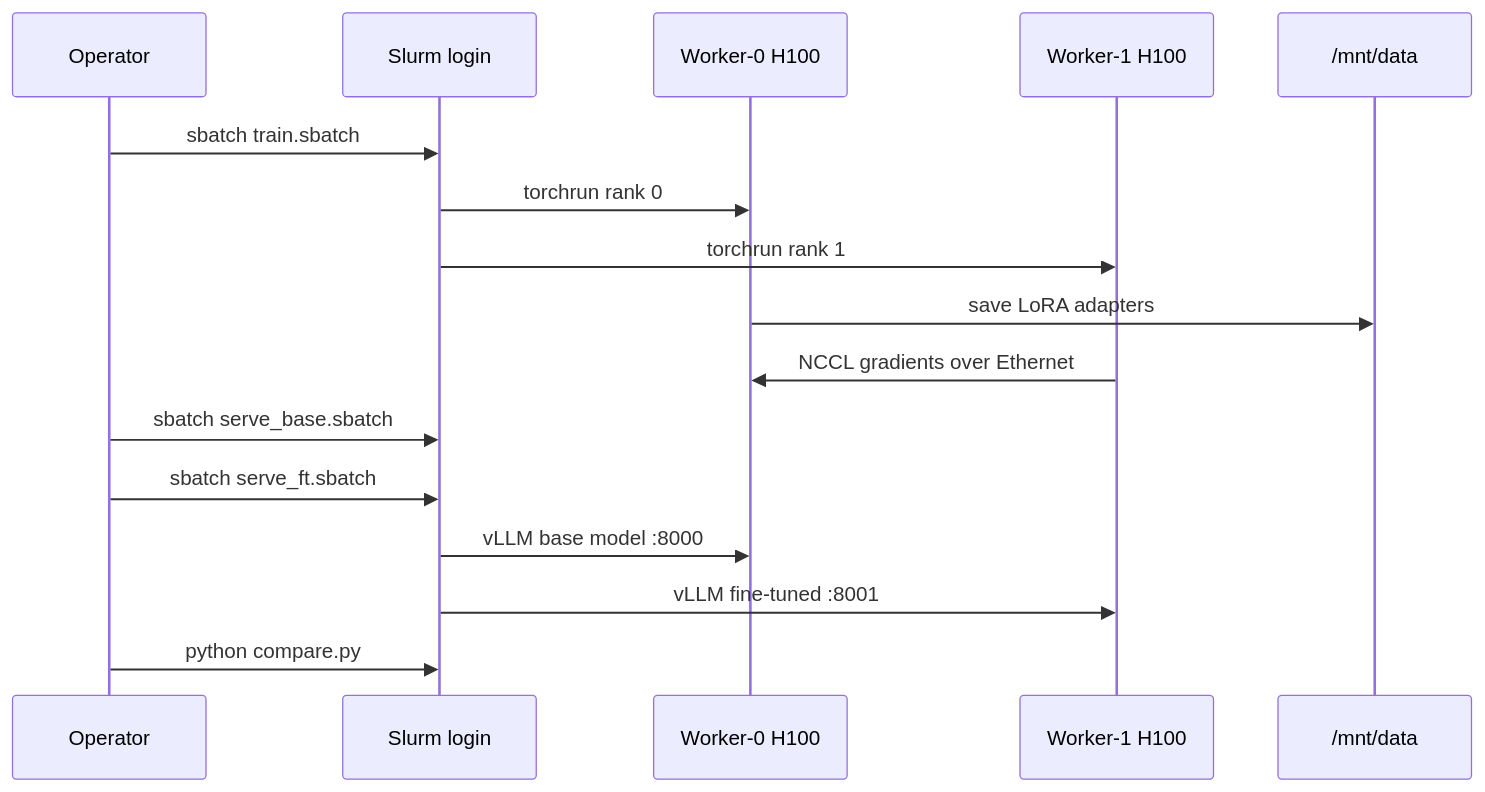
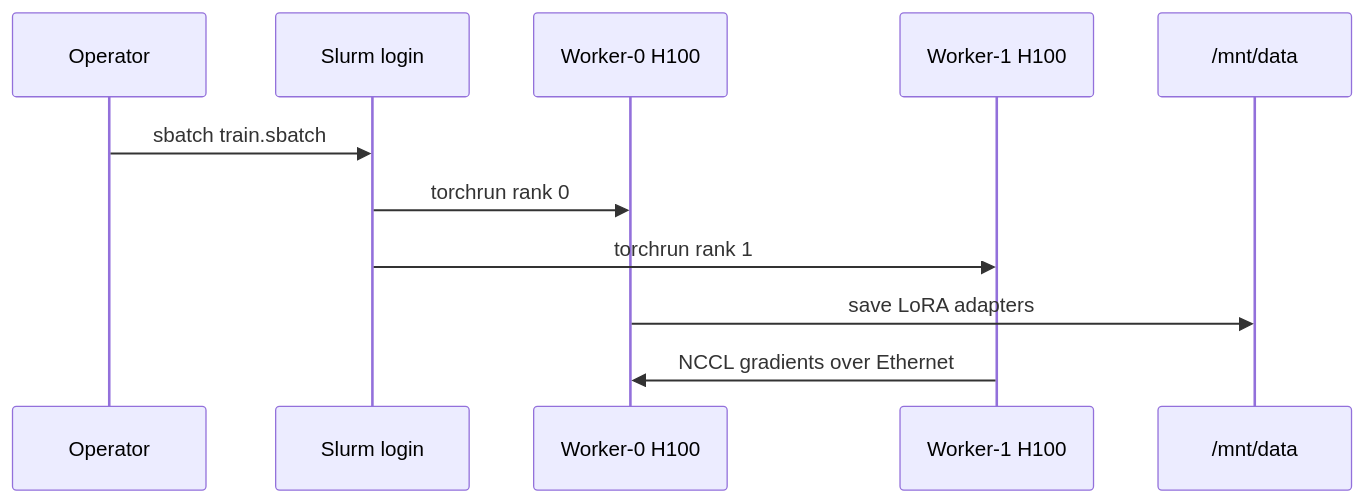
The second of 2 diagrams in docs/architecture.md (fabiogomezdiaz/nebius-demo-day), drawn with Mermaid before and after one commit. The commit also changed other lines of this file and 14 other files, not shown here.

Commit message:
Add Task 1 architecture diagrams, glossary updates, and gotchas.

````diff
--- a/docs/architecture.md
+++ b/docs/architecture.md
@@ -36,19 +36,14 @@
 ```mermaid
 sequenceDiagram
   participant Op as Operator
   participant Login as Slurm login
   participant W0 as Worker-0 H100
   participant W1 as Worker-1 H100
   participant Data as /mnt/data
 
   Op->>Login: sbatch train.sbatch
   Login->>W0: torchrun rank 0
   Login->>W1: torchrun rank 1
   W0->>Data: save LoRA adapters
   W1->>W0: NCCL gradients over Ethernet
-  Op->>Login: sbatch serve_base.sbatch
-  Op->>Login: sbatch serve_ft.sbatch
-  Login->>W0: vLLM base model :8000
-  Login->>W1: vLLM fine-tuned :8001
-  Op->>Login: python compare.py
 ```
````
